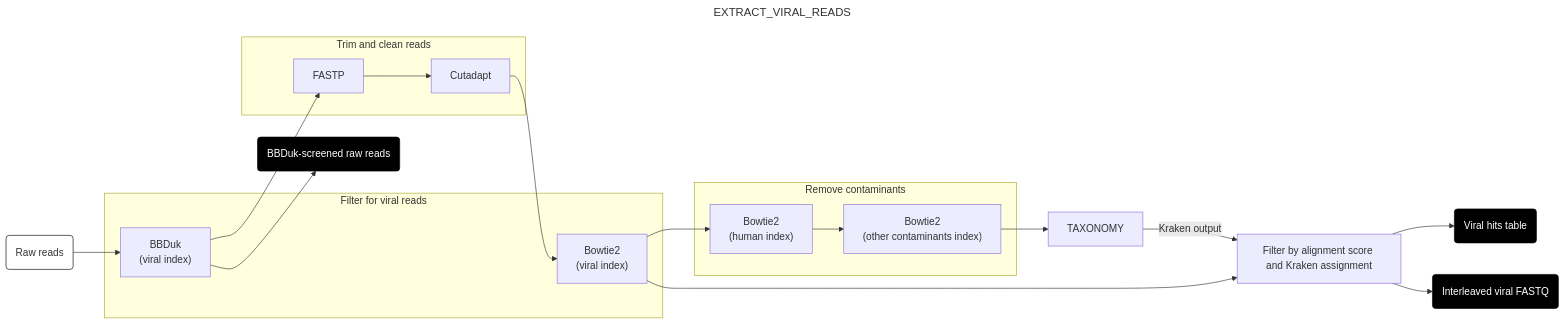
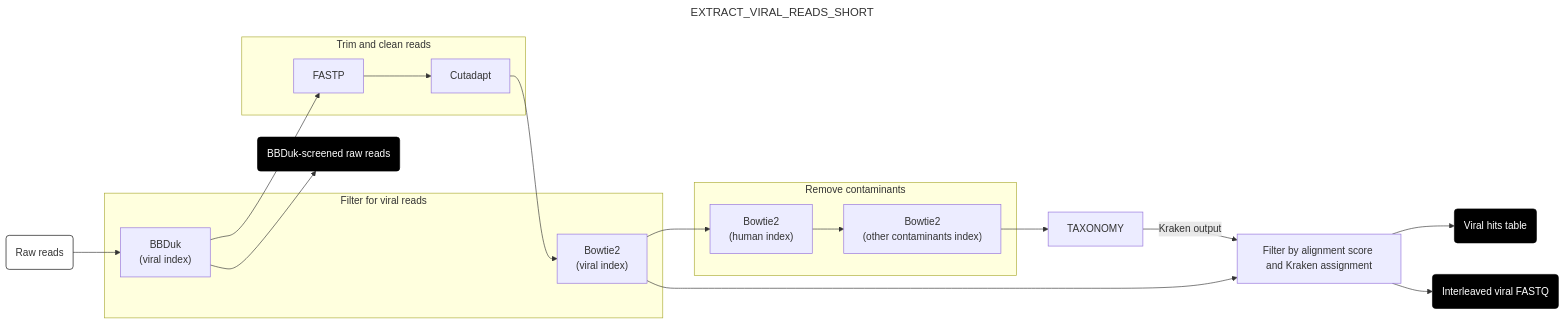
The fifth of 9 diagrams in docs/run.md (naobservatory/mgs-workflow), drawn with Mermaid before and after one commit. The commit also changed other lines of this file, not shown here.

Commit message:
more flowchart

````diff
--- a/docs/run.md
+++ b/docs/run.md
@@ -162,37 +166,37 @@
 ```mermaid
 ---
-title: EXTRACT_VIRAL_READS
+title: EXTRACT_VIRAL_READS_SHORT
 config:
   layout: horizontal
 ---
 flowchart LR
 A(Raw reads) --> B["BBDuk <br> (viral index)"]
 B --> M(BBDuk-screened raw reads)
 B --> C[FASTP]
 C --> D[Cutadapt]
 D --> E["Bowtie2 <br> (viral index)"]
 E --> F["Bowtie2 <br> (human index)"]
 F --> G["Bowtie2 <br> (other contaminants index)"]
 G --> H[TAXONOMY]
 H --> |Kraken output| I[Filter by alignment score and Kraken assignment]
 E --> I
 I --> J(Viral hits table)
 I --> K(Interleaved viral FASTQ)
 
 subgraph "Filter for viral reads"
 B
 E
 end
 subgraph "Trim and clean reads"
 C
 D
 end
 subgraph "Remove contaminants"
 F
 G
 end
 style A fill:#fff,stroke:#000
 style J fill:#000,color:#fff,stroke:#000
 style K fill:#000,color:#fff,stroke:#000
 style M fill:#000,color:#fff,stroke:#000
 ```
````
